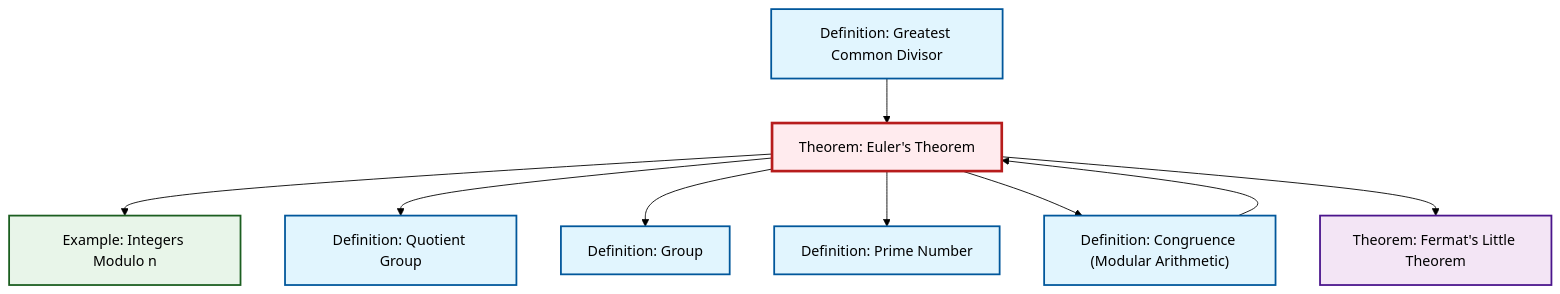
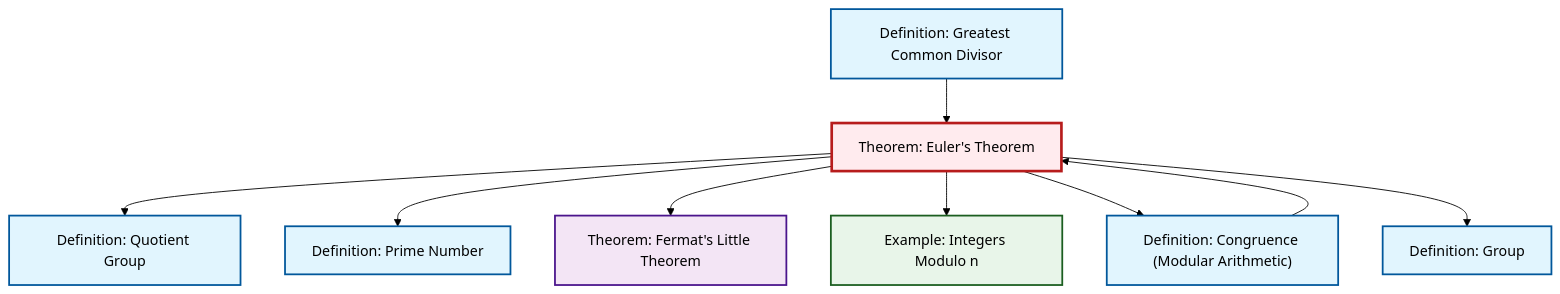
Before and after one commit to RK0429/ModernMath: the diagram in content/ja/number-theory/thm-euler.qmd, drawn with Mermaid (forest theme). The commit also changed other lines of this file and 531 other files, not shown here.

````diff
--- a/content/ja/number-theory/thm-euler.qmd
+++ b/content/ja/number-theory/thm-euler.qmd
@@ -53,33 +53,33 @@
 ```{mermaid}
 %%| fig-cap: "Local dependency graph"
 graph TD
     classDef definition fill:#e1f5fe,stroke:#01579b,stroke-width:2px
     classDef theorem fill:#f3e5f5,stroke:#4a148c,stroke-width:2px
     classDef axiom fill:#fff3e0,stroke:#e65100,stroke-width:2px
     classDef example fill:#e8f5e9,stroke:#1b5e20,stroke-width:2px
     classDef current fill:#ffebee,stroke:#b71c1c,stroke-width:3px
-    def-prime["Definition: Prime Number"]:::definition
+    def-quotient-group["Definition: Quotient Group"]:::definition
+    thm-euler["Theorem: Euler's Theorem"]:::theorem
+    thm-fermat-little["Theorem: Fermat's Little Theorem"]:::theorem
+    def-congruence["Definition: Congruence (Modular Arithmetic)"]:::definition
+    def-group["Definition: Group"]:::definition
     def-gcd["Definition: Greatest Common Divisor"]:::definition
     ex-quotient-integers-mod-n["Example: Integers Modulo n"]:::example
-    def-quotient-group["Definition: Quotient Group"]:::definition
-    def-group["Definition: Group"]:::definition
-    def-congruence["Definition: Congruence (Modular Arithmetic)"]:::definition
-    thm-euler["Theorem: Euler's Theorem"]:::theorem
-    thm-fermat-little["Theorem: Fermat's Little Theorem"]:::theorem
-    thm-euler --> ex-quotient-integers-mod-n
-    def-congruence --> thm-euler
+    def-prime["Definition: Prime Number"]:::definition
     thm-euler --> def-quotient-group
-    thm-euler --> def-group
     def-gcd --> thm-euler
     thm-euler --> def-prime
+    thm-euler --> thm-fermat-little
+    thm-euler --> ex-quotient-integers-mod-n
     thm-euler --> def-congruence
-    thm-euler --> thm-fermat-little
+    def-congruence --> thm-euler
+    thm-euler --> def-group
     class thm-euler current
-    click def-prime "def-prime.html" "Definition: Prime Numberへ"
+    click def-quotient-group "def-quotient-group.html" "Definition: Quotient Groupへ"
+    click thm-fermat-little "thm-fermat-little.html" "Theorem: Fermat's Little Theoremへ"
+    click def-congruence "def-congruence.html" "Definition: Congruence (Modular Arithmetic)へ"
+    click def-group "def-group.html" "Definition: Groupへ"
     click def-gcd "def-gcd.html" "Definition: Greatest Common Divisorへ"
     click ex-quotient-integers-mod-n "ex-quotient-integers-mod-n.html" "Example: Integers Modulo nへ"
-    click def-quotient-group "def-quotient-group.html" "Definition: Quotient Groupへ"
-    click def-group "def-group.html" "Definition: Groupへ"
-    click def-congruence "def-congruence.html" "Definition: Congruence (Modular Arithmetic)へ"
-    click thm-fermat-little "thm-fermat-little.html" "Theorem: Fermat's Little Theoremへ"
+    click def-prime "def-prime.html" "Definition: Prime Numberへ"
 ```
````
